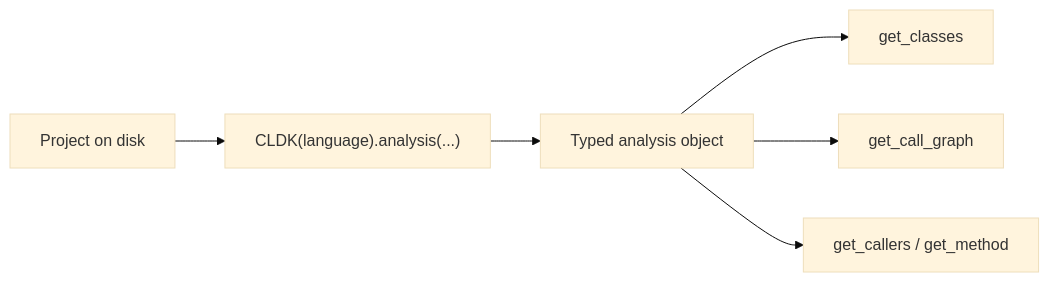
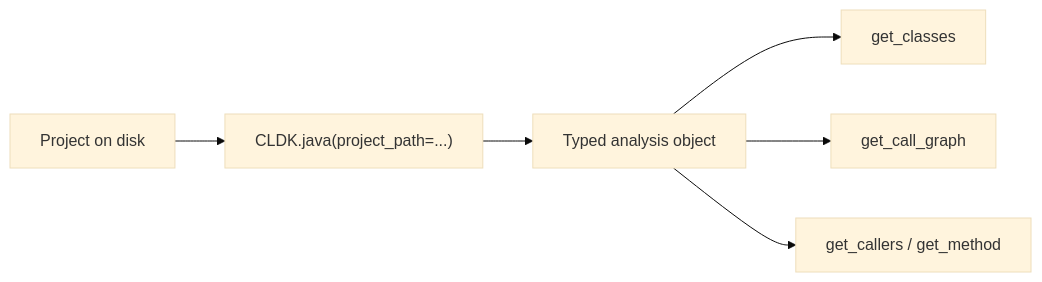
The diagram in src/content/docs/quickstart.mdx (codellm-devkit/docs), drawn with Mermaid (base theme) before and after one commit. The commit also changed other lines of this file and 19 other files, not shown here.

````diff
--- a/src/content/docs/quickstart.mdx
+++ b/src/content/docs/quickstart.mdx
@@ -78,8 +78,8 @@
 ```mermaid
 flowchart LR
-    A[Project on disk] --> B["CLDK(language).analysis(...)"]
+    A[Project on disk] --> B["CLDK.java(project_path=...)"]
     B --> C[Typed analysis object]
     C --> D[get_classes]
     C --> E[get_call_graph]
     C --> F[get_callers / get_method]
 ```
````
